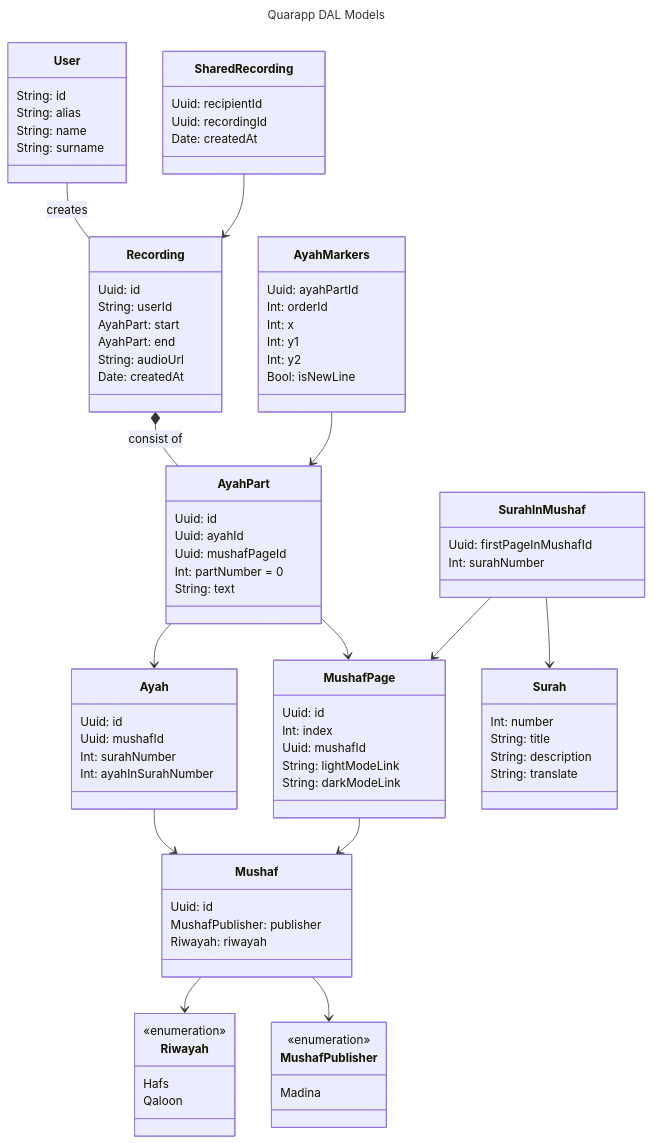
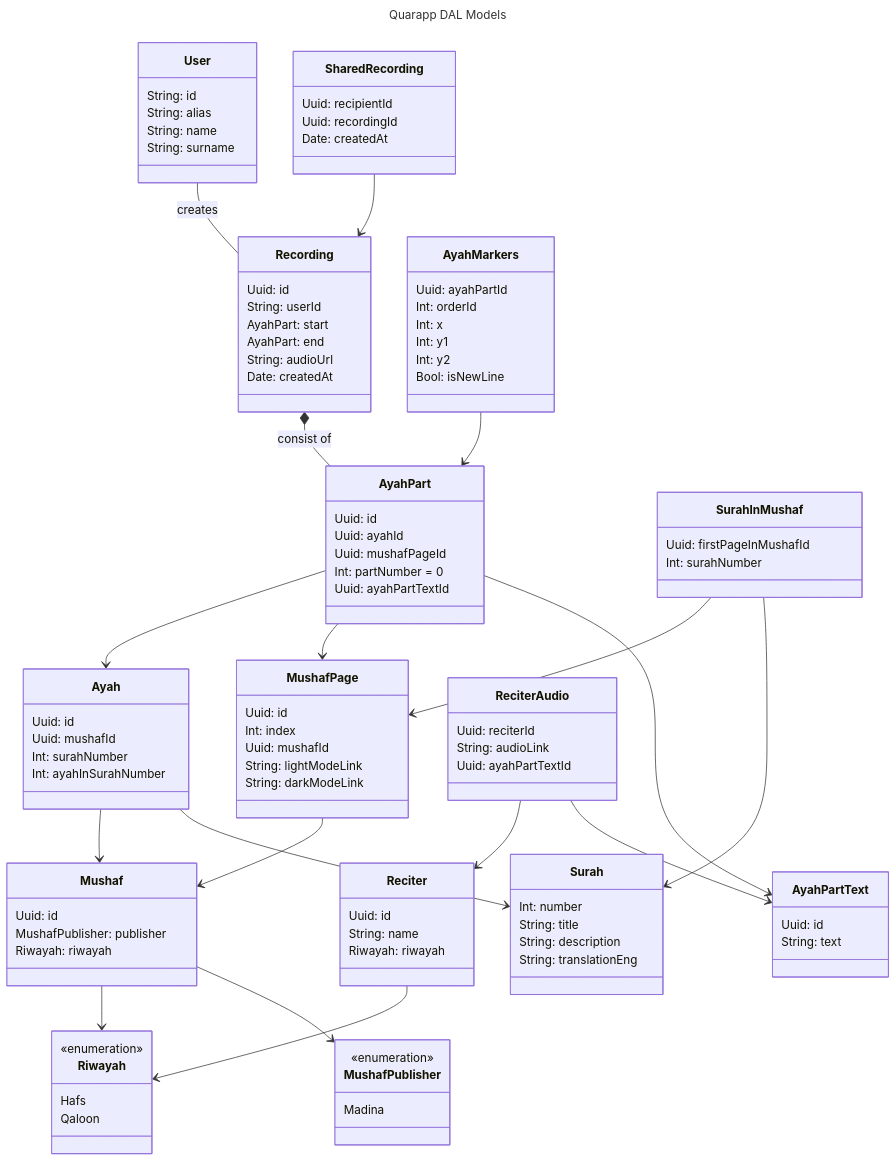
One commit to CrowdsourcingApps/QuaranApp_Backend changed the diagram in models_mvp_v2.mmd. Above: the diagram before and after it, drawn with Mermaid.

Commit message:
Updated model

```diff
--- a/models_mvp_v2.mmd
+++ b/models_mvp_v2.mmd
@@ -1,88 +1,106 @@
 ---
 title: Quarapp DAL Models
 ---
 classDiagram
 class Riwayah {
     <<enumeration>>
     Hafs
     Qaloon
 }
 class MushafPublisher {
     <<enumeration>>
     Madina
 }
 class User {
     String: id
     String: alias
     String: name
     String: surname
 }
 class Mushaf {
     Uuid: id
     MushafPublisher: publisher
     Riwayah: riwayah
 }
 class Surah {
     Int: number
     String: title
     String: description
-    String: translate
+    String: translationEng
 }
-
 class MushafPage {
     Uuid: id
     Int: index
     Uuid: mushafId
     String: lightModeLink
     String: darkModeLink
 }
 class Ayah {
     Uuid: id
     Uuid: mushafId
     Int: surahNumber
     Int: ayahInSurahNumber
 }
 class AyahPart {
     Uuid: id
     Uuid: ayahId
     Uuid: mushafPageId
     Int: partNumber = 0
-    String: text
+    Uuid: ayahPartTextId
 }
 class SurahInMushaf {
     Uuid: firstPageInMushafId
     Int: surahNumber
 }
 class Recording {
     Uuid: id
     String: userId
     AyahPart: start
     AyahPart: end 
     String: audioUrl
     Date: createdAt
 }
 class SharedRecording {
     Uuid: recipientId
     Uuid: recordingId
     Date: createdAt
 }
 class AyahMarkers {
     Uuid: ayahPartId
     Int: orderId
     Int: x
     Int: y1
     Int: y2
     Bool: isNewLine
 }
+class Reciter {
+    Uuid: id
+    String: name
+    Riwayah: riwayah
+}
+class ReciterAudio {
+    Uuid: reciterId
+    String: audioLink
+    Uuid: ayahPartTextId
+}
+class AyahPartText {
+    Uuid: id
+    String: text
+}
 Recording *-- AyahPart: consist of
 User -- Recording: creates
 AyahPart --> Ayah
 AyahPart --> MushafPage
+AyahPart --> AyahPartText
 Ayah --> Mushaf
 Mushaf --> Riwayah
 Mushaf --> MushafPublisher
 SharedRecording --> Recording
 AyahMarkers --> AyahPart
 MushafPage --> Mushaf
 SurahInMushaf --> MushafPage
 SurahInMushaf --> Surah
+Reciter --> Riwayah
+ReciterAudio --> Reciter
+ReciterAudio --> AyahPartText
+Ayah --> Surah
```
